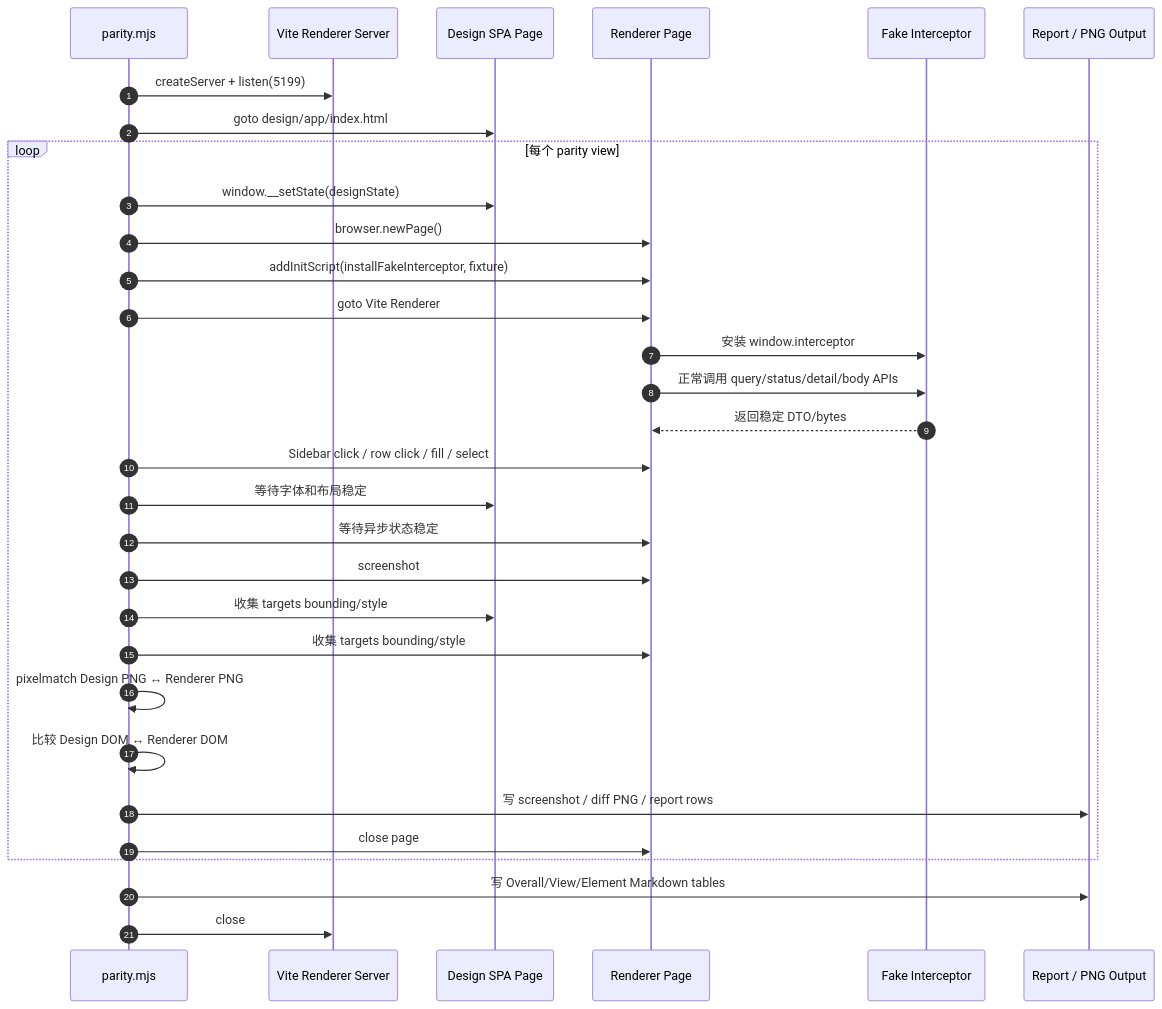
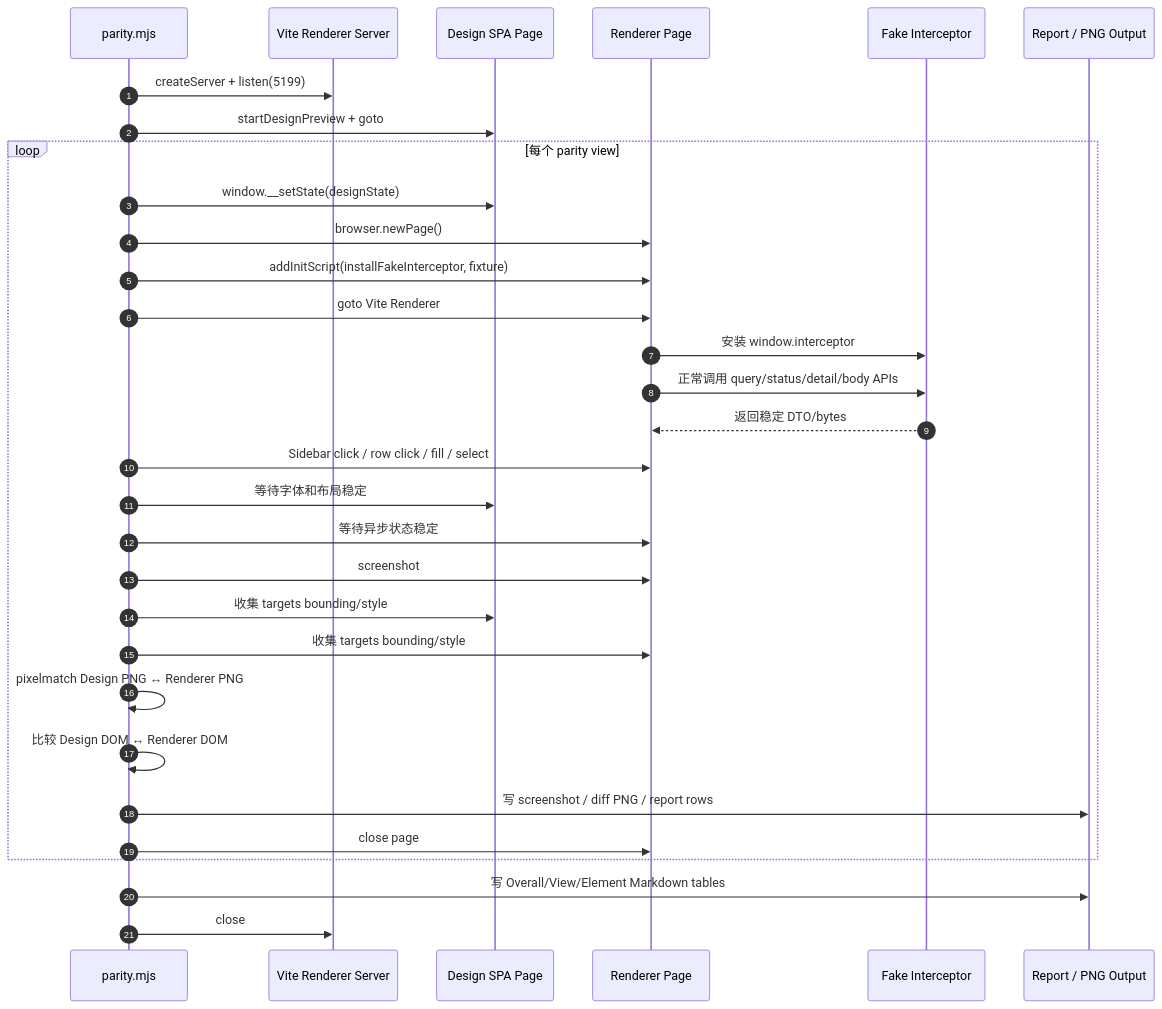
Before and after one commit to zhxmt-xm/Interceptor: the third of 3 diagrams in apps/desktop/tests/visual-parity/README.md, drawn with Mermaid. The commit also changed other lines of this file and 716 other files, not shown here.

````diff
--- a/apps/desktop/tests/visual-parity/README.md
+++ b/apps/desktop/tests/visual-parity/README.md
@@ -237,34 +237,34 @@
 ```mermaid
 sequenceDiagram
     autonumber
     participant H as parity.mjs
     participant V as Vite Renderer Server
     participant D as Design SPA Page
     participant P as Renderer Page
     participant F as Fake Interceptor
     participant O as Report / PNG Output
 
     H->>V: createServer + listen(5199)
-    H->>D: goto design/app/index.html
+    H->>D: startDesignPreview + goto
     loop 每个 parity view
       H->>D: window.__setState(designState)
       H->>P: browser.newPage()
       H->>P: addInitScript(installFakeInterceptor, fixture)
       H->>P: goto Vite Renderer
       P->>F: 安装 window.interceptor
       P->>F: 正常调用 query/status/detail/body APIs
       F-->>P: 返回稳定 DTO/bytes
       H->>P: Sidebar click / row click / fill / select
       H->>D: 等待字体和布局稳定
       H->>P: 等待异步状态稳定
       H->>P: screenshot
       H->>D: 收集 targets bounding/style
       H->>P: 收集 targets bounding/style
       H->>H: pixelmatch Design PNG ↔ Renderer PNG
       H->>H: 比较 Design DOM ↔ Renderer DOM
       H->>O: 写 screenshot / diff PNG / report rows
       H->>P: close page
     end
     H->>O: 写 Overall/View/Element Markdown tables
     H->>V: close
 ```
````
